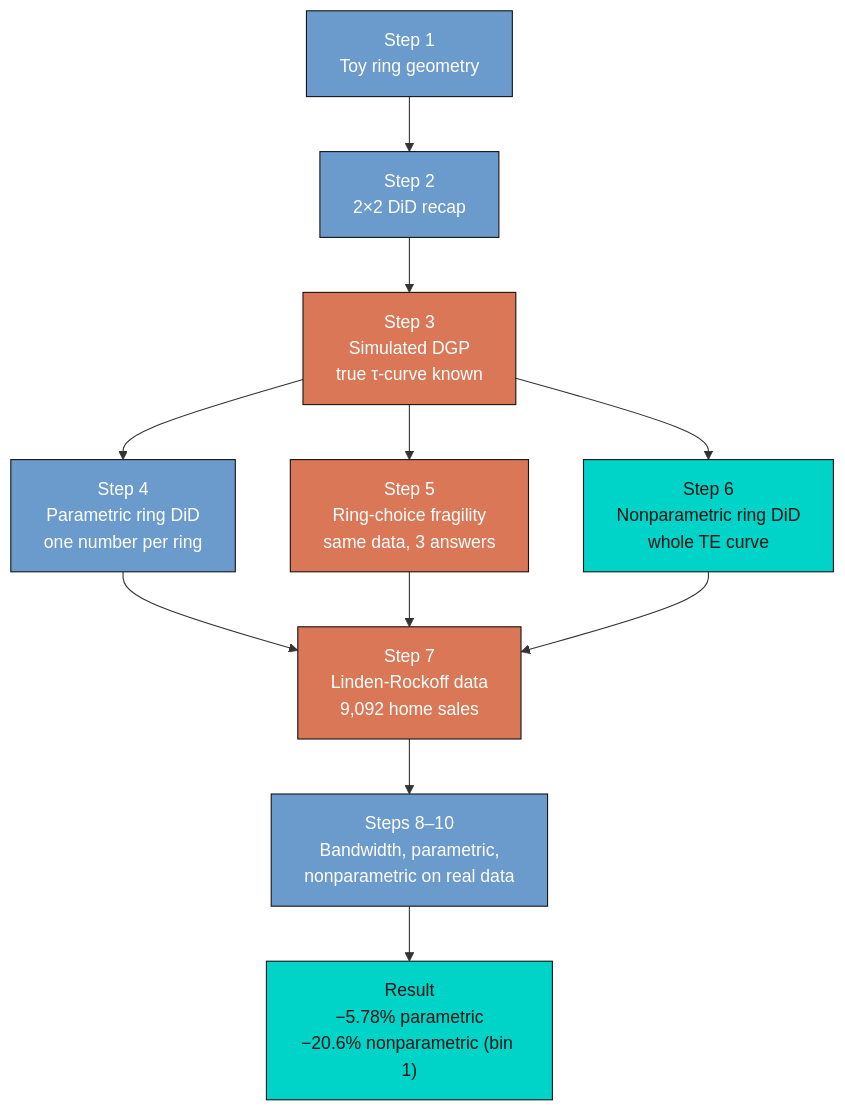
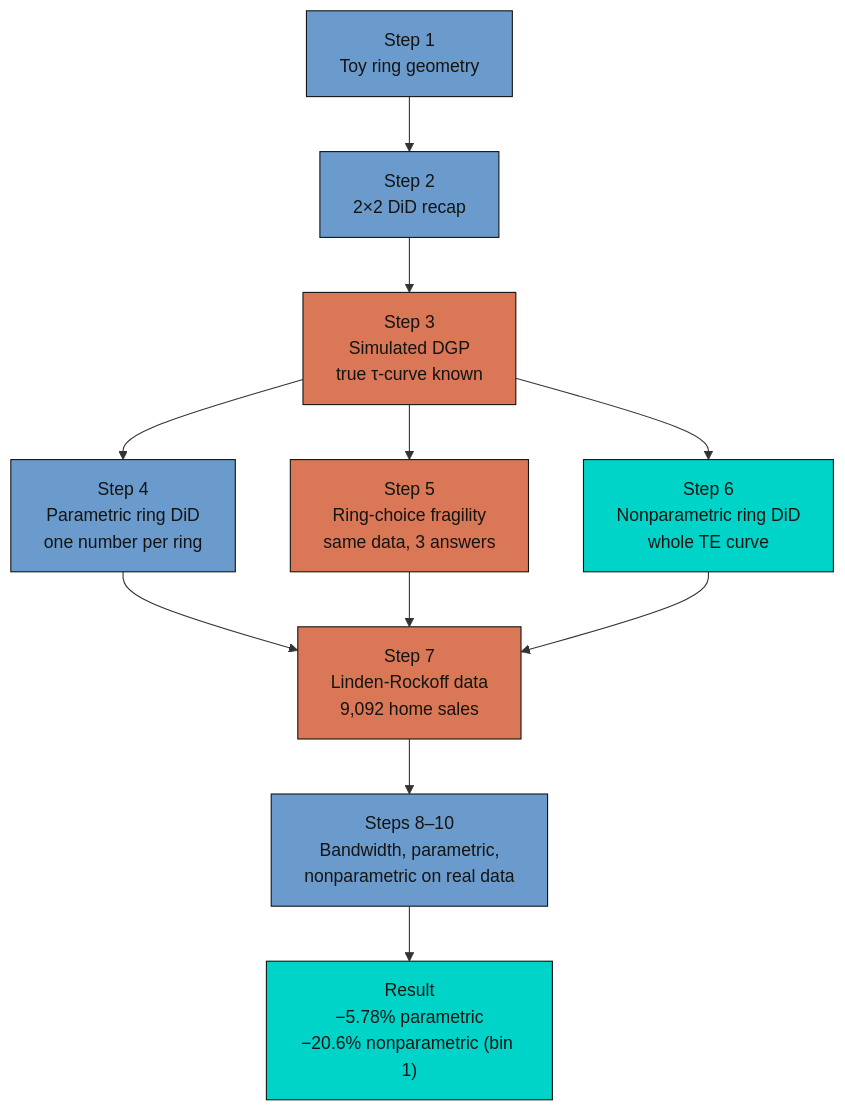
Before and after one commit to cmg777/starter-academic-v501: the diagram in content/post/r_did_ring/index.md, drawn with Mermaid. The commit also changed 67 other files, not shown here.

First line of the commit message:
fix(mermaid): readable diagram text in both themes across the site

````diff
--- a/content/post/r_did_ring/index.md
+++ b/content/post/r_did_ring/index.md
@@ -204,22 +204,22 @@
 ```mermaid
 flowchart TD
   A["Step 1<br/>Toy ring geometry"] --> B["Step 2<br/>2×2 DiD recap"]
   B --> C["Step 3<br/>Simulated DGP<br/>true τ-curve known"]
   C --> D["Step 4<br/>Parametric ring DiD<br/>one number per ring"]
   C --> E["Step 5<br/>Ring-choice fragility<br/>same data, 3 answers"]
   C --> F["Step 6<br/>Nonparametric ring DiD<br/>whole TE curve"]
   D --> G["Step 7<br/>Linden-Rockoff data<br/>9,092 home sales"]
   E --> G
   F --> G
   G --> H["Steps 8–10<br/>Bandwidth, parametric,<br/>nonparametric on real data"]
   H --> I["Result<br/>−5.78% parametric<br/>−20.6% nonparametric (bin 1)"]
-  style A fill:#6a9bcc,stroke:#141413,color:#fff
-  style B fill:#6a9bcc,stroke:#141413,color:#fff
-  style C fill:#d97757,stroke:#141413,color:#fff
-  style D fill:#6a9bcc,stroke:#141413,color:#fff
-  style E fill:#d97757,stroke:#141413,color:#fff
+  style A fill:#6a9bcc,stroke:#141413,color:#141413
+  style B fill:#6a9bcc,stroke:#141413,color:#141413
+  style C fill:#d97757,stroke:#141413,color:#141413
+  style D fill:#6a9bcc,stroke:#141413,color:#141413
+  style E fill:#d97757,stroke:#141413,color:#141413
   style F fill:#00d4c8,stroke:#141413,color:#141413
-  style G fill:#d97757,stroke:#141413,color:#fff
-  style H fill:#6a9bcc,stroke:#141413,color:#fff
+  style G fill:#d97757,stroke:#141413,color:#141413
+  style H fill:#6a9bcc,stroke:#141413,color:#141413
   style I fill:#00d4c8,stroke:#141413,color:#141413
 ```
````
